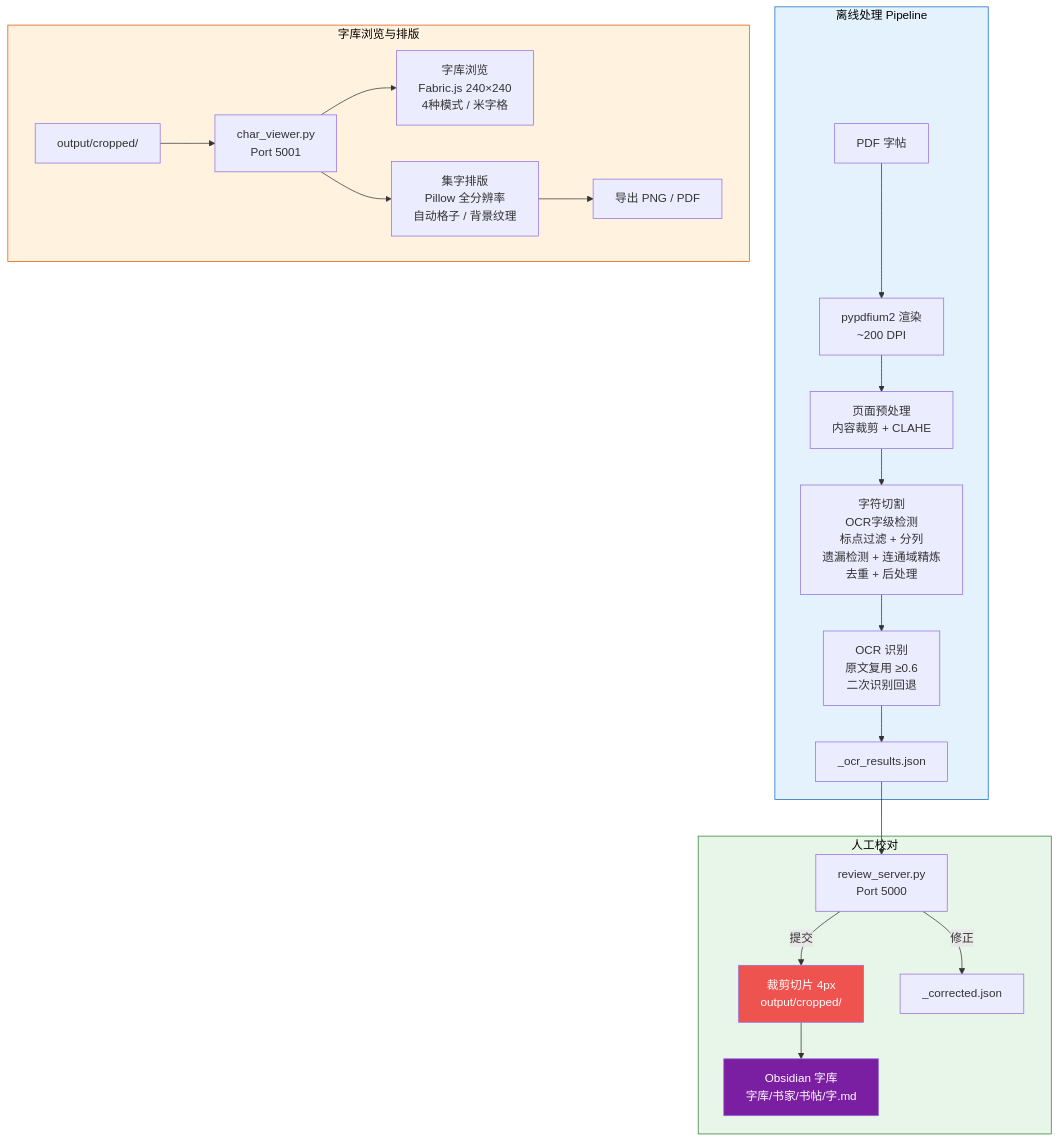
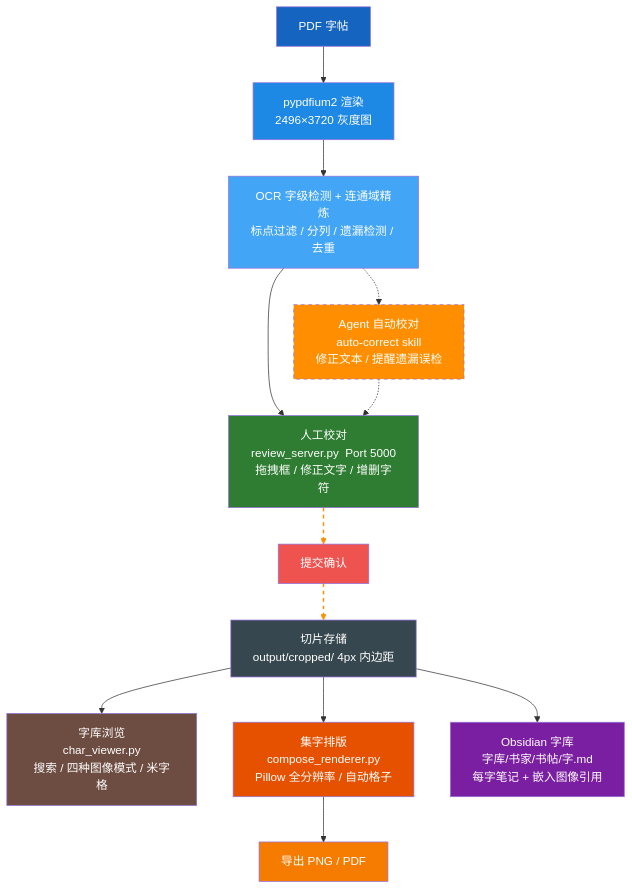
The diagram in README.md (LL0mc/calligraphy_chopping_tool), drawn with Mermaid before and after one commit.

Commit message:
Redesign architecture diagram: optional Agent path, clean top-down flow

````diff
--- a/README.md
+++ b/README.md
@@ -9,30 +9,32 @@
 ```mermaid
 flowchart TD
-    subgraph Pipeline[离线处理 Pipeline]
-        PDF[PDF 字帖] --> Render[pypdfium2 渲染<br/>~200 DPI]
-        Render --> CropIn[页面预处理<br/>内容裁剪 + CLAHE]
-        CropIn --> Segment[字符切割<br/>OCR字级检测<br/>标点过滤 + 分列<br/>遗漏检测 + 连通域精炼<br/>去重 + 后处理]
-        Segment --> OCR[OCR 识别<br/>原文复用 ≥0.6<br/>二次识别回退]
-        OCR --> JSON[_ocr_results.json]
-    end
+    PDF[PDF 字帖] --> Render[pypdfium2 渲染<br/>2496×3720 灰度图]
+    Render --> Detect[OCR 字级检测 + 连通域精炼<br/>标点过滤 / 分列 / 遗漏检测 / 去重]
 
-    subgraph Review[人工校对]
-        JSON --> ReviewGUI[review_server.py<br/>Port 5000]
-        ReviewGUI --> |提交| Submit[裁剪切片 4px<br/>output/cropped/]
-        ReviewGUI --> |修正| Correct[_corrected.json]
-        Submit --> Obsidian[Obsidian 字库<br/>字库/书家/书帖/字.md]
-    end
+    Detect --> Review[人工校对<br/>review_server.py  Port 5000<br/>拖拽框 / 修正文字 / 增删字符]
+    Detect -.-> Agent[Agent 自动校对<br/>auto-correct skill<br/>修正文本 / 提醒遗漏误检]
+    Agent -.-> Review
 
-    subgraph Usage[字库浏览与排版]
-        Crop[output/cropped/] --> CharView[char_viewer.py<br/>Port 5001]
-        CharView --> Browse[字库浏览<br/>Fabric.js 240×240<br/>4种模式 / 米字格]
-        CharView --> Compose[集字排版<br/>Pillow 全分辨率<br/>自动格子 / 背景纹理]
-        Compose --> Export[导出 PNG / PDF]
-    end
+    Review --> Submit[提交确认]
 
-    style Pipeline fill:#e3f2fd,stroke:#1565c0,color:#000
-    style Review fill:#e8f5e9,stroke:#2e7d32,color:#000
-    style Usage fill:#fff3e0,stroke:#e65100,color:#000
+    Submit --> Slice[切片存储<br/>output/cropped/ 4px 内边距]
+
+    Slice --> Browse[字库浏览<br/>char_viewer.py<br/>搜索 / 四种图像模式 / 米字格]
+    Slice --> Compose[集字排版<br/>compose_renderer.py<br/>Pillow 全分辨率 / 自动格子]
+    Slice --> DB[Obsidian 字库<br/>字库/书家/书帖/字.md<br/>每字笔记 + 嵌入图像引用]
+    Compose --> Export[导出 PNG / PDF]
+
+    style PDF fill:#1565c0,color:#fff
+    style Render fill:#1e88e5,color:#fff
+    style Detect fill:#42a5f5,color:#fff
+    style Agent fill:#ff8f00,color:#fff,stroke-dasharray: 5 5
+    style Review fill:#2e7d32,color:#fff
     style Submit fill:#ef5350,color:#fff
-    style Obsidian fill:#7b1fa2,color:#fff
+    style Slice fill:#37474f,color:#fff
+    style DB fill:#7b1fa2,color:#fff
+    style Browse fill:#6d4c41,color:#fff
+    style Compose fill:#e65100,color:#fff
+    style Export fill:#f57c00,color:#fff
+
+    linkStyle 5,6 stroke:#ff8f00,stroke-width:2px,stroke-dasharray:5 5
 ```
````
